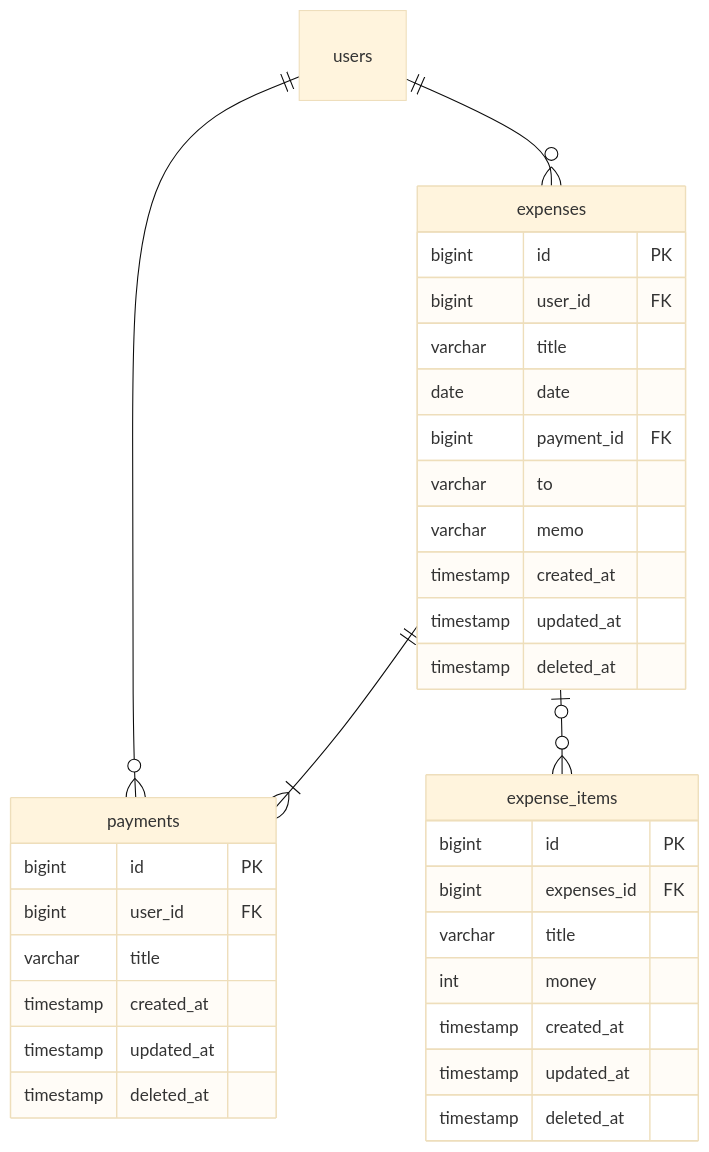
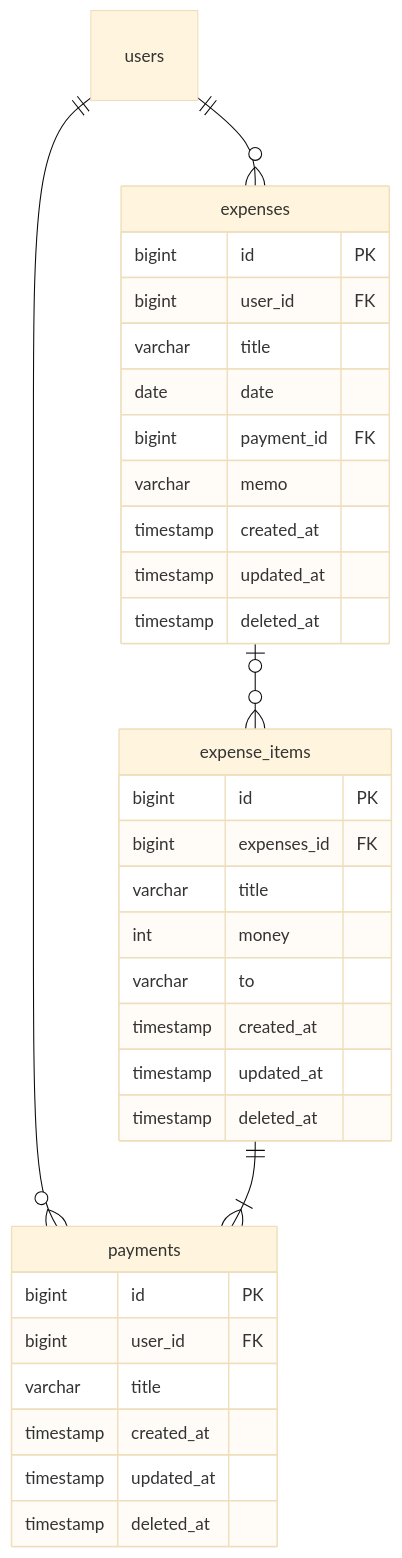
The fourth of 4 diagrams in Doc/MoneyAssistant.md (PONzu-0529/ponzu0529-niconico), drawn with Mermaid (base theme) before and after one commit.

Commit message:
Update Document for MoneyAssistant #107

````diff
--- a/Doc/MoneyAssistant.md
+++ b/Doc/MoneyAssistant.md
@@ -171,41 +171,41 @@
 ```mermaid
 erDiagram
   users
 
   payments {
     bigint id PK
     bigint user_id FK
     varchar title
     timestamp created_at
     timestamp updated_at
     timestamp deleted_at
   }
 
   expenses {
     bigint id PK
     bigint user_id FK
     varchar title
     date date
     bigint payment_id FK
-    varchar to
     varchar memo
     timestamp created_at
     timestamp updated_at
     timestamp deleted_at
   }
 
   expense_items {
     bigint id PK
     bigint expenses_id FK
     varchar title
     int money
+    varchar to
     timestamp created_at
     timestamp updated_at
     timestamp deleted_at
   }
 
   users ||--o{ payments : ""
   users ||--o{ expenses : ""
-  expenses ||--|{ payments : ""
+  expense_items ||--|{ payments : ""
   expenses |o--o{ expense_items : ""
 ```
````
